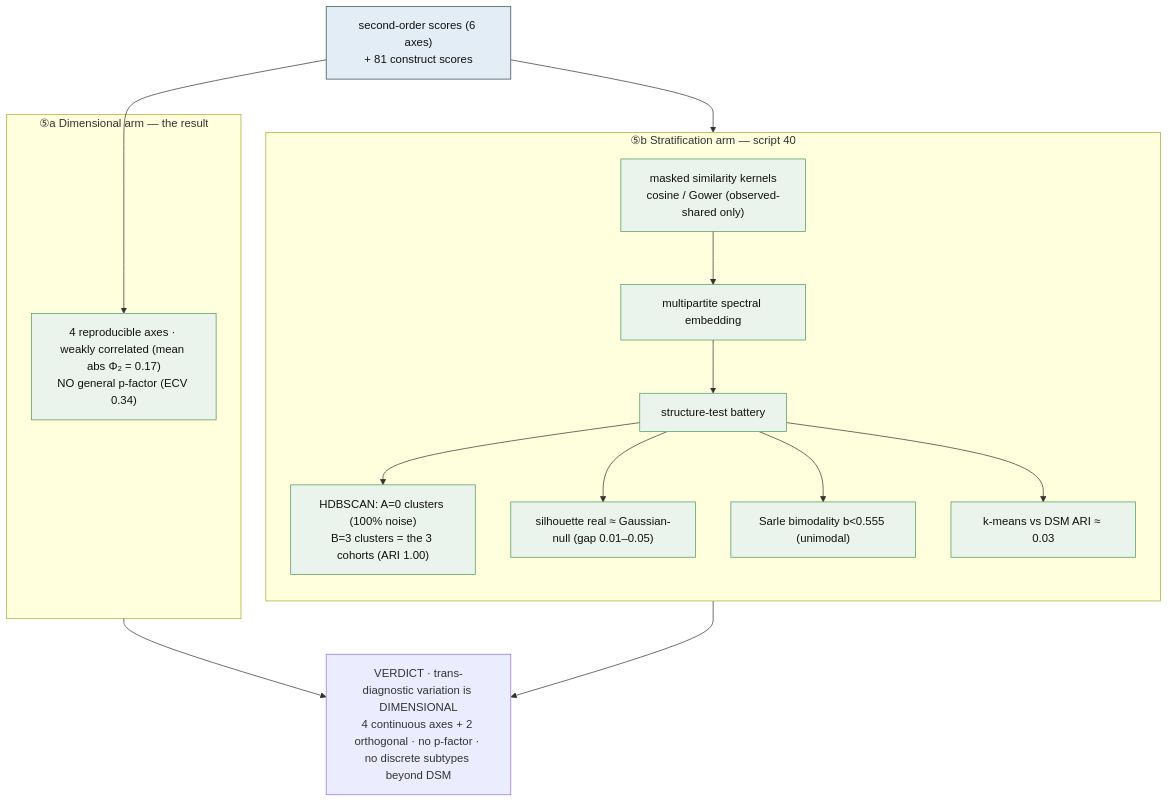
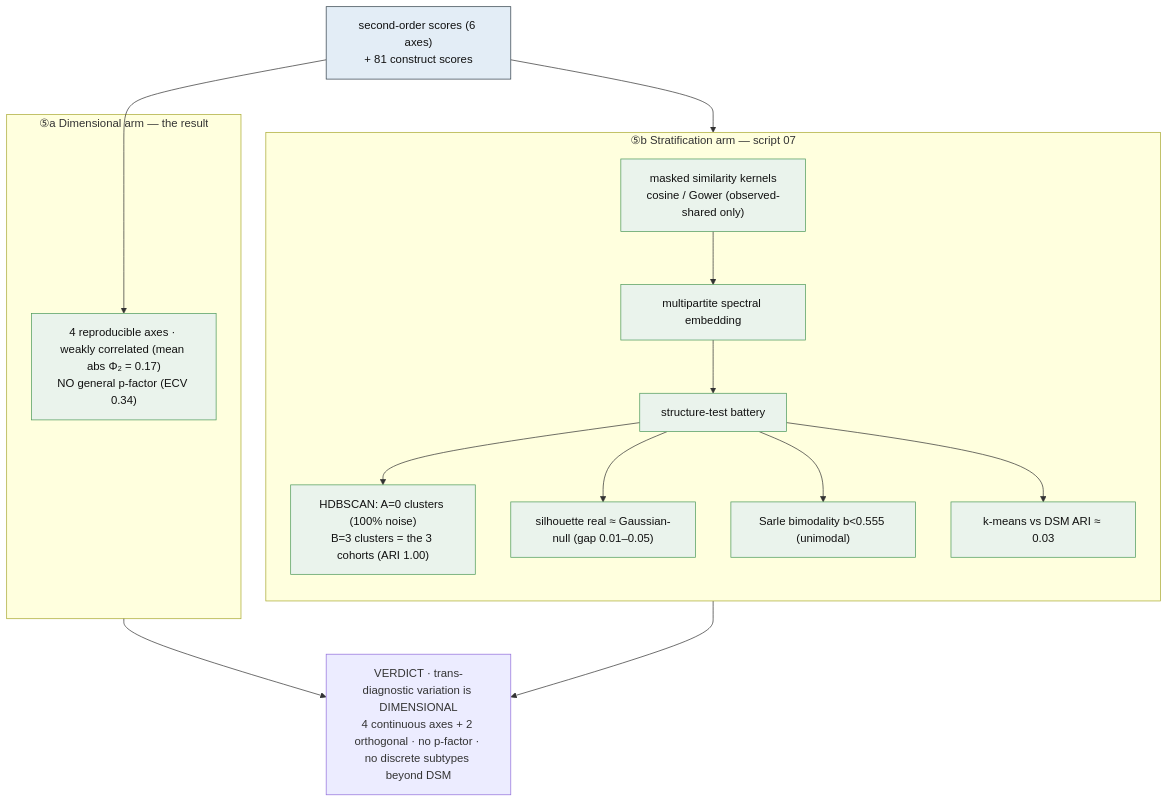
One commit to AndriiKulakovskyi/face-trans-diagnostic-phenotypes changed the eighth of 10 diagrams in docs/PIPELINE.md. Above: the diagram before and after it, drawn with Mermaid. The commit also changed other lines of this file and 21 other files, not shown here.

````diff
--- a/docs/PIPELINE.md
+++ b/docs/PIPELINE.md
@@ -229,26 +229,26 @@
 ```mermaid
 flowchart TB
     classDef arm fill:#EAF3EC,stroke:#4E9A5B,color:#111
     classDef model fill:#E3EDF6,stroke:#33414b,color:#111
     M["second-order scores (6 axes)<br/>+ 81 construct scores"]:::model
     M --> DA
     M --> SA
 
     subgraph DIM["⑤a Dimensional arm — the result"]
         DA["4 reproducible axes · weakly correlated (mean abs Φ₂ = 0.17)<br/>NO general p-factor (ECV 0.34)"]:::arm
     end
 
-    subgraph STR["⑤b Stratification arm — script 40"]
+    subgraph STR["⑤b Stratification arm — script 07"]
         direction TB
         SA["masked similarity kernels<br/>cosine / Gower (observed-shared only)"]:::arm
         SA --> SE["multipartite spectral embedding"]:::arm
         SE --> TB2["structure-test battery"]:::arm
         TB2 --> HD["HDBSCAN: A=0 clusters (100% noise)<br/>B=3 clusters = the 3 cohorts (ARI 1.00)"]:::arm
         TB2 --> SI["silhouette real ≈ Gaussian-null (gap 0.01–0.05)"]:::arm
         TB2 --> BM["Sarle bimodality b<0.555 (unimodal)"]:::arm
         TB2 --> AR["k-means vs DSM ARI ≈ 0.03"]:::arm
     end
 
     DIM --> VERD["VERDICT · trans-diagnostic variation is DIMENSIONAL<br/>4 continuous axes + 2 orthogonal · no p-factor · no discrete subtypes beyond DSM"]
     STR --> VERD
 ```
````
